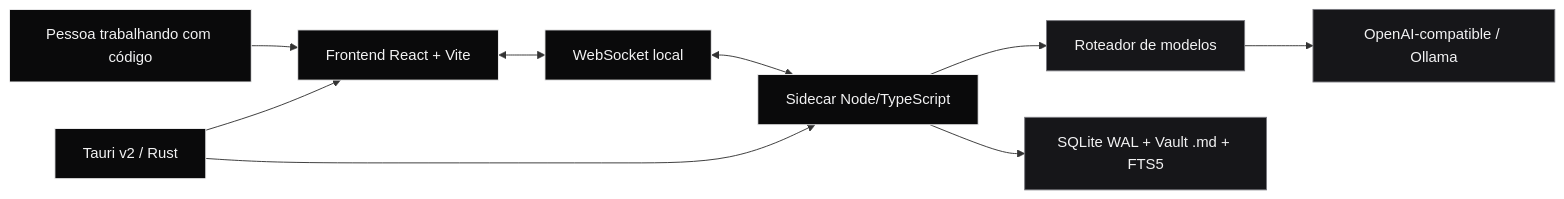
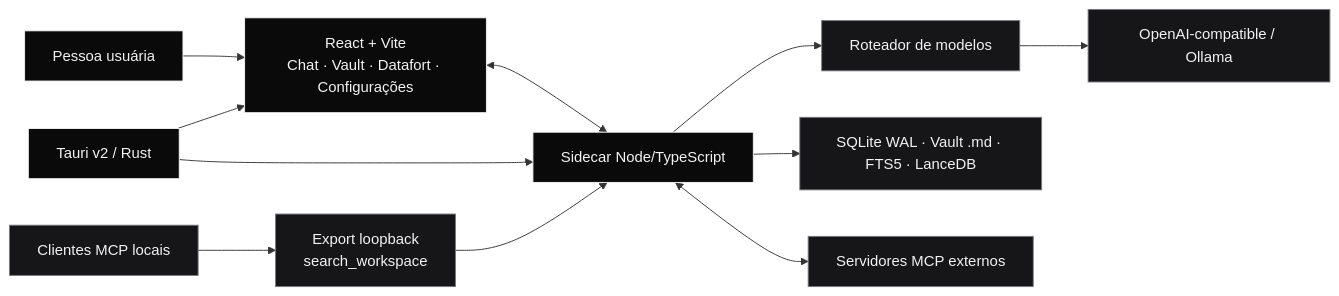
One commit to MateusGaio/Blackwall changed the second of 2 diagrams in README.md. Above: the diagram before and after it, drawn with Mermaid. The commit also changed other lines of this file, not shown here.

````diff
--- a/README.md
+++ b/README.md
@@ -132,16 +155,18 @@
 ```mermaid
 flowchart LR
-    User["Pessoa trabalhando com código"] --> UI["Frontend React + Vite"]
-    UI <--> WS["WebSocket local"]
-    WS <--> Sidecar["Sidecar Node/TypeScript"]
+    User["Pessoa usuária"] --> UI["React + Vite<br/>Chat · Vault · Datafort · Configurações"]
+    Shell["Tauri v2 / Rust"] --> UI
+    Shell --> Sidecar["Sidecar Node/TypeScript"]
+    UI <--> Sidecar
     Sidecar --> Router["Roteador de modelos"]
     Router --> Providers["OpenAI-compatible / Ollama"]
-    Sidecar --> Data["SQLite WAL + Vault .md + FTS5"]
-    Shell["Tauri v2 / Rust"] --> UI
-    Shell --> Sidecar
+    Sidecar --> Storage["SQLite WAL · Vault .md · FTS5 · LanceDB"]
+    Sidecar <--> McpExternal["Servidores MCP externos"]
+    McpClients["Clientes MCP locais"] --> McpExport["Export loopback<br/>search_workspace"]
+    McpExport --> Sidecar
 
     classDef main fill:#0a0a0b,stroke:#f2f2f3,color:#f2f2f3;
     classDef muted fill:#161619,stroke:#77777d,color:#f2f2f3;
-    class User,UI,WS,Sidecar,Shell main;
-    class Router,Providers,Data muted;
+    class User,UI,Sidecar,Shell main;
+    class Router,Providers,Storage,McpExternal,McpClients,McpExport muted;
 ```
````
